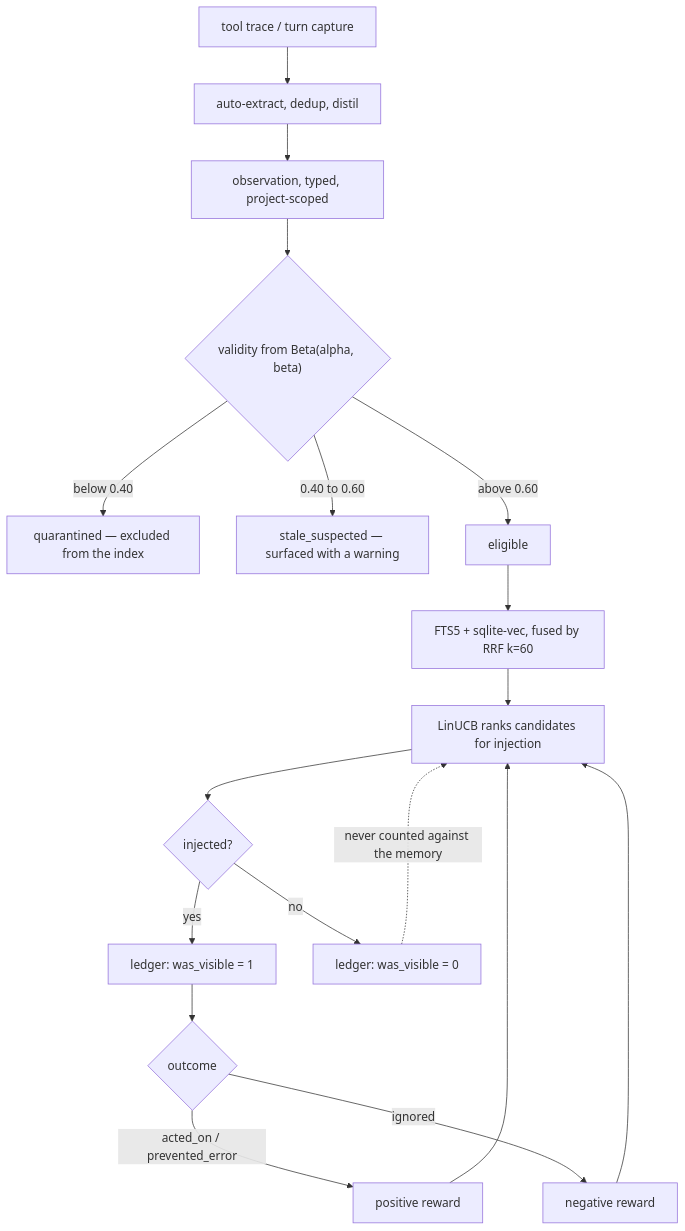
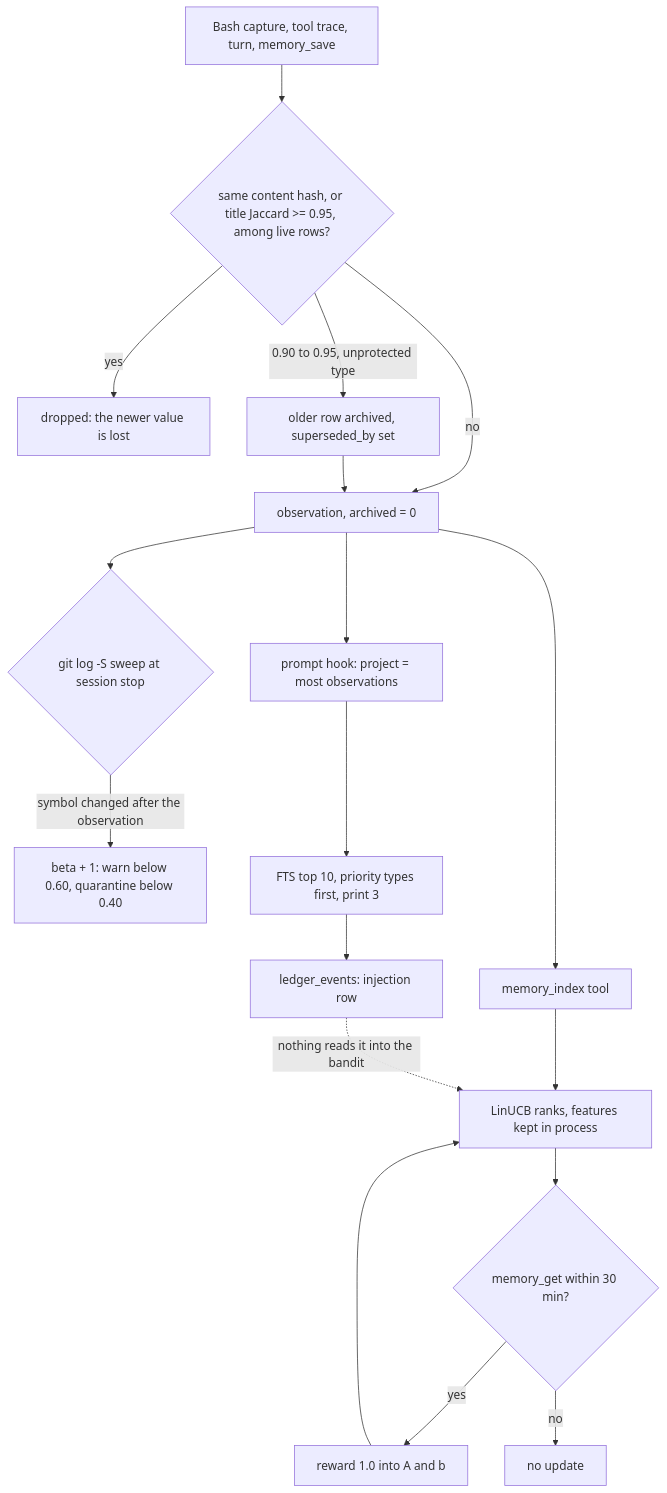
The diagram in content/systems/token-savior.md (neoneye/agent-memory-atlas), drawn with Mermaid before and after one commit. The commit also changed other lines of this file and 29 other files, not shown here.

````diff
--- a/content/systems/token-savior.md
+++ b/content/systems/token-savior.md
@@ -92,21 +113,21 @@
 ```mermaid
-%% caption: a Beta-distributed validity score decides whether an observation is quarantined, warned about, or eligible, and a bandit learns from outcomes — counting only what was actually visible
+%% caption: two rankers read one store — a fixed formula feeds the automatic injections, a click-rewarded bandit reorders only the memory_index tool, and the hooks pick the project by row count
 flowchart TD
-    C["tool trace / turn capture"] --> X["auto-extract, dedup, distil"]
-    X --> O["observation, typed, project-scoped"]
-    O --> Q{"validity from Beta(alpha, beta)"}
-    Q -->|"below 0.40"| QU["quarantined — excluded from the index"]
-    Q -->|"0.40 to 0.60"| SS["stale_suspected — surfaced with a warning"]
-    Q -->|"above 0.60"| OK["eligible"]
-    OK --> S["FTS5 + sqlite-vec, fused by RRF k=60"]
-    S --> B["LinUCB ranks candidates for injection"]
-    B --> I{"injected?"}
-    I -->|yes| L1["ledger: was_visible = 1"]
-    I -->|no| L0["ledger: was_visible = 0"]
-    L1 --> R{"outcome"}
-    R -->|acted_on / prevented_error| POS["positive reward"]
-    R -->|ignored| NEG["negative reward"]
-    L0 -.->|"never counted against the memory"| B
-    POS --> B
-    NEG --> B
+    C["Bash capture, tool trace, turn, memory_save"] --> D{"same content hash, or title Jaccard >= 0.95, among live rows?"}
+    D -->|yes| DROP["dropped: the newer value is lost"]
+    D -->|"0.90 to 0.95, unprotected type"| SUP["older row archived, superseded_by set"]
+    D -->|no| O["observation, archived = 0"]
+    SUP --> O
+    O --> G{"git log -S sweep at session stop"}
+    G -->|"symbol changed after the observation"| Q["beta + 1: warn below 0.60, quarantine below 0.40"]
+    O --> H["prompt hook: project = most observations"]
+    H --> P["FTS top 10, priority types first, print 3"]
+    P --> LED["ledger_events: injection row"]
+    O --> MI["memory_index tool"]
+    MI --> B["LinUCB ranks, features kept in process"]
+    B --> PEND{"memory_get within 30 min?"}
+    PEND -->|yes| R["reward 1.0 into A and b"]
+    PEND -->|no| N["no update"]
+    R --> B
+    LED -.->|"nothing reads it into the bandit"| B
 ```
````
